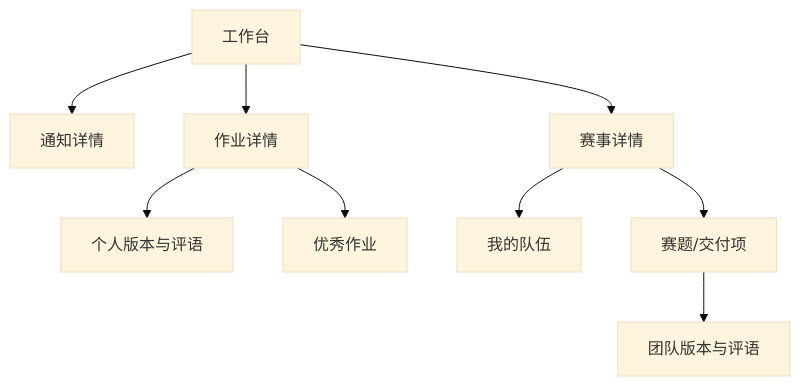
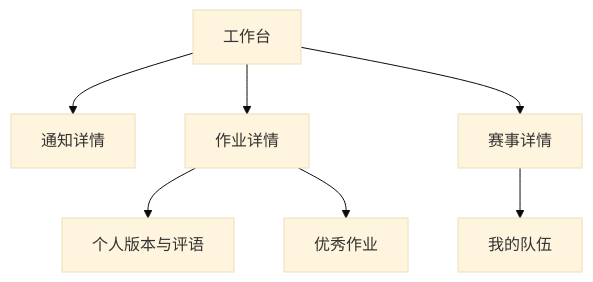
One commit to CosmosMount/homework_system changed the diagram in .agents/docs/02-information-architecture.md. Above: the diagram before and after it, drawn with Mermaid (base theme). The commit also changed other lines of this file and 12 other files, not shown here.

Commit message:
docs: 同步赛事与学生视图文档

````diff
--- a/.agents/docs/02-information-architecture.md
+++ b/.agents/docs/02-information-architecture.md
@@ -80,11 +80,9 @@
 ```mermaid
 flowchart TD
     Dashboard[工作台] --> Announcement[通知详情]
     Dashboard --> Assignment[作业详情]
     Dashboard --> Competition[赛事详情]
     Assignment --> Submission[个人版本与评语]
     Competition --> Team[我的队伍]
-    Competition --> Task[赛题/交付项]
-    Task --> TeamSubmission[团队版本与评语]
     Assignment --> ExcellentWork[优秀作业]
 ```
````
